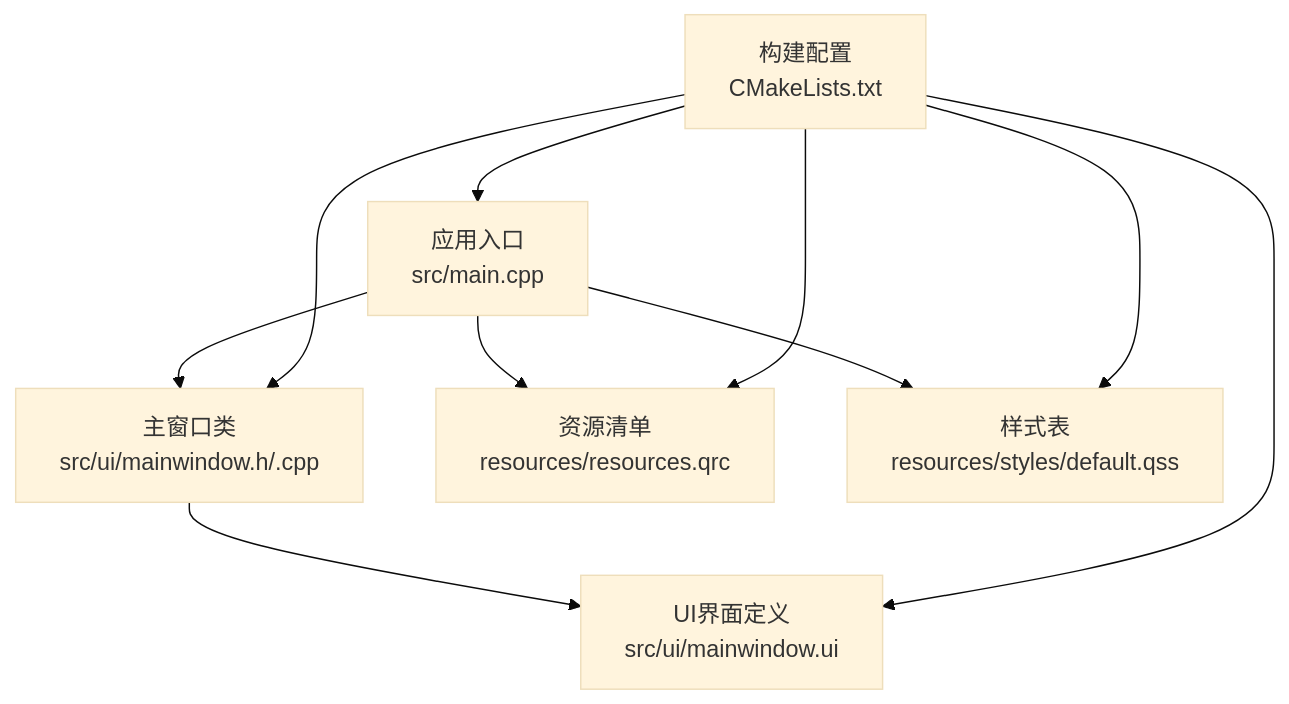
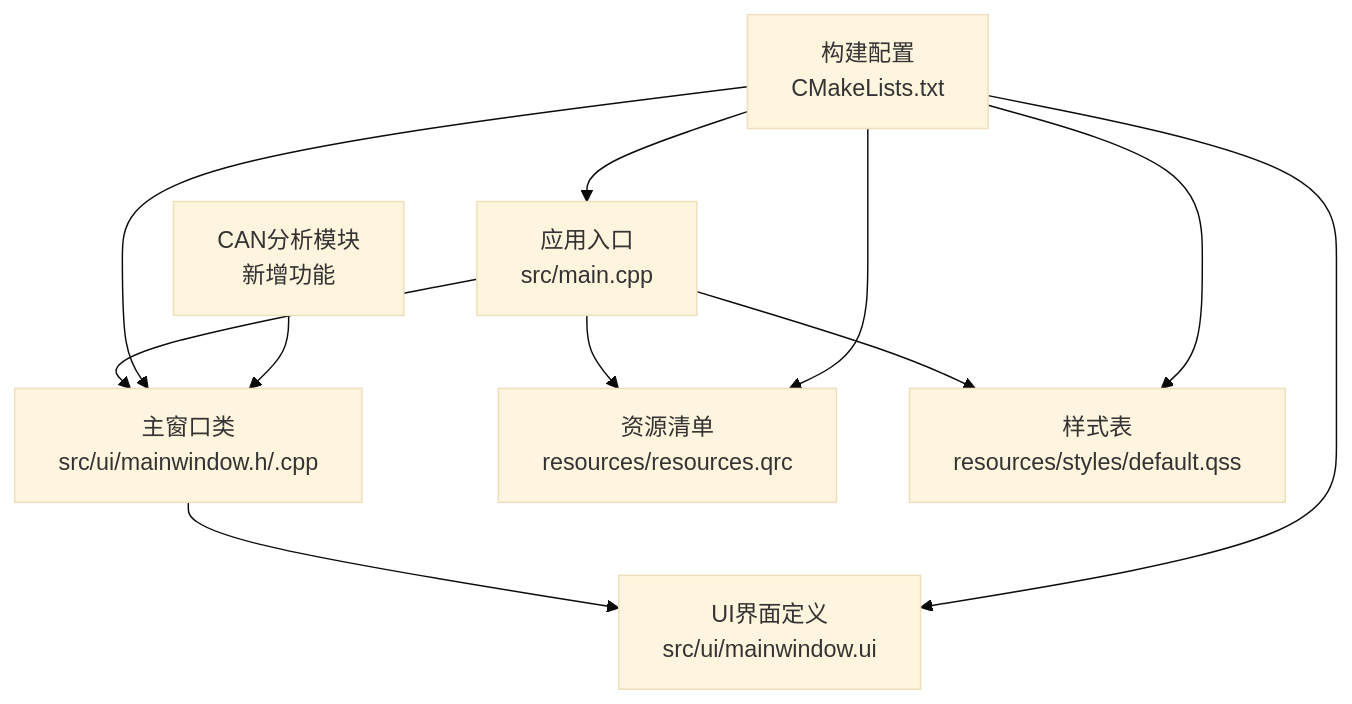
Before and after one commit to jakecai1225-design/OpenBus: the first of 4 diagrams in .qoder/repowiki/zh/content/架构设计/主窗口组件架构.md, drawn with Mermaid (base theme). The commit also changed other lines of this file and 31 other files, not shown here.

````diff
--- a/.qoder/repowiki/zh/content/架构设计/主窗口组件架构.md
+++ b/.qoder/repowiki/zh/content/架构设计/主窗口组件架构.md
@@ -36,12 +45,13 @@
 ```mermaid
 graph TB
 A["应用入口<br/>src/main.cpp"] --> B["主窗口类<br/>src/ui/mainwindow.h/.cpp"]
 B --> C["UI界面定义<br/>src/ui/mainwindow.ui"]
 A --> D["资源清单<br/>resources/resources.qrc"]
 A --> E["样式表<br/>resources/styles/default.qss"]
 F["构建配置<br/>CMakeLists.txt"] --> A
 F --> B
 F --> C
 F --> D
 F --> E
+G["CAN分析模块<br/>新增功能"] --> B
 ```
````
